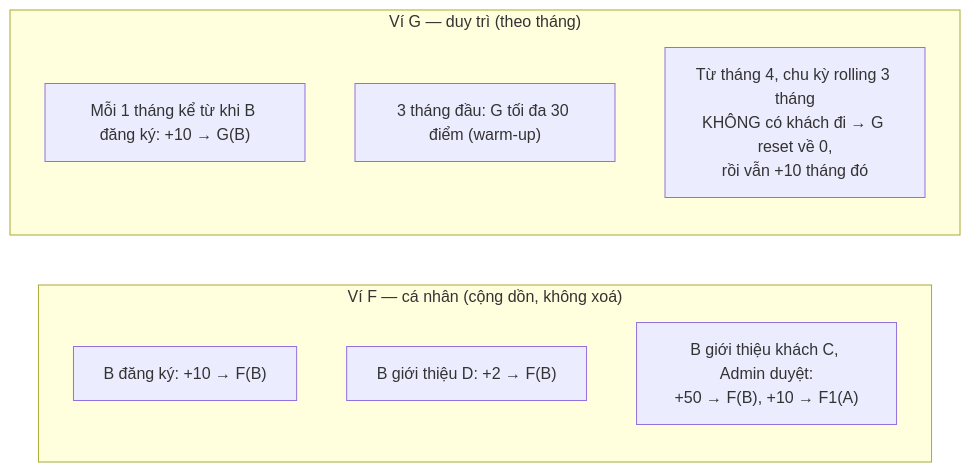
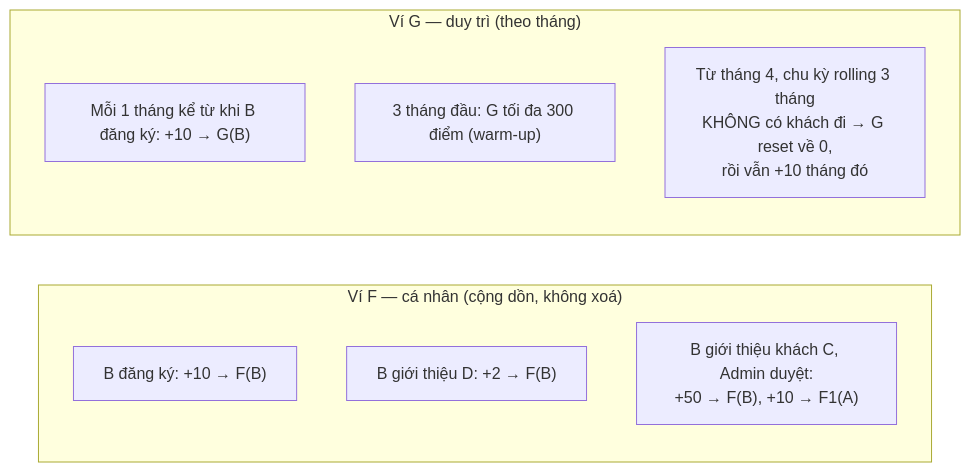
The second of 3 diagrams in docs/points-diagram.md (mike2261/ref-point-export-labor-tools), drawn with Mermaid before and after one commit. The commit also changed other lines of this file and 12 other files, not shown here.

````diff
--- a/docs/points-diagram.md
+++ b/docs/points-diagram.md
@@ -39,13 +39,13 @@
 ```mermaid
 flowchart LR
     subgraph ViF["Ví F — cá nhân (cộng dồn, không xoá)"]
         r1["B đăng ký: +10 → F(B)"]
         r2["B giới thiệu D: +2 → F(B)"]
         r3["B giới thiệu khách C, Admin duyệt:<br/>+50 → F(B), +10 → F1(A)"]
     end
     subgraph ViG["Ví G — duy trì (theo tháng)"]
         g1["Mỗi 1 tháng kể từ khi B đăng ký: +10 → G(B)"]
-        g2["3 tháng đầu: G tối đa 30 điểm (warm-up)"]
+        g2["3 tháng đầu: G tối đa 300 điểm (warm-up)"]
         g3["Từ tháng 4, chu kỳ rolling 3 tháng<br/>KHÔNG có khách đi → G reset về 0,<br/>rồi vẫn +10 tháng đó"]
     end
 ```
````
